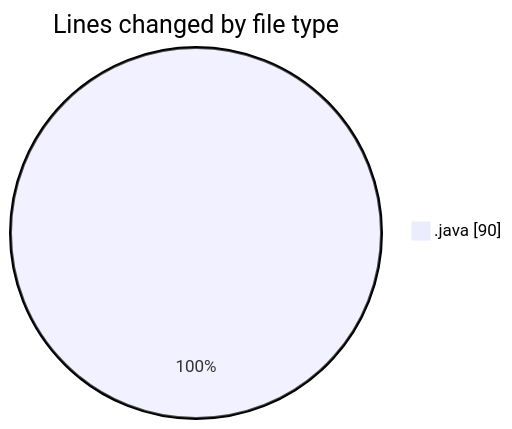
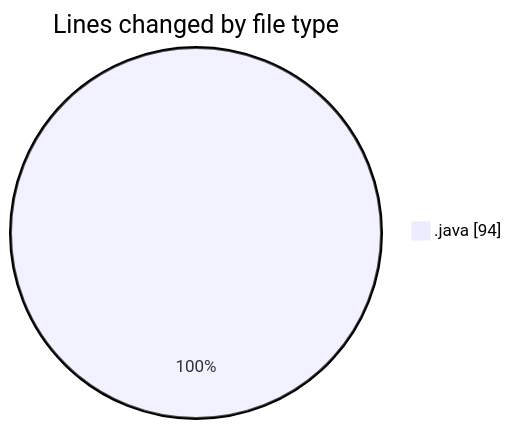
The first of 2 diagrams in 2025-03-08/computer_202/README.md (NitaiMahat/code-tracking), drawn with Mermaid before and after one commit. The commit also changed other lines of this file and 1 other file, not shown here.

````diff
--- a/2025-03-08/computer_202/README.md
+++ b/2025-03-08/computer_202/README.md
@@ -21,5 +22,5 @@
 ```mermaid
 pie showData
 title Lines changed by file type
-".java" : 90
+".java" : 94
 ```
````
